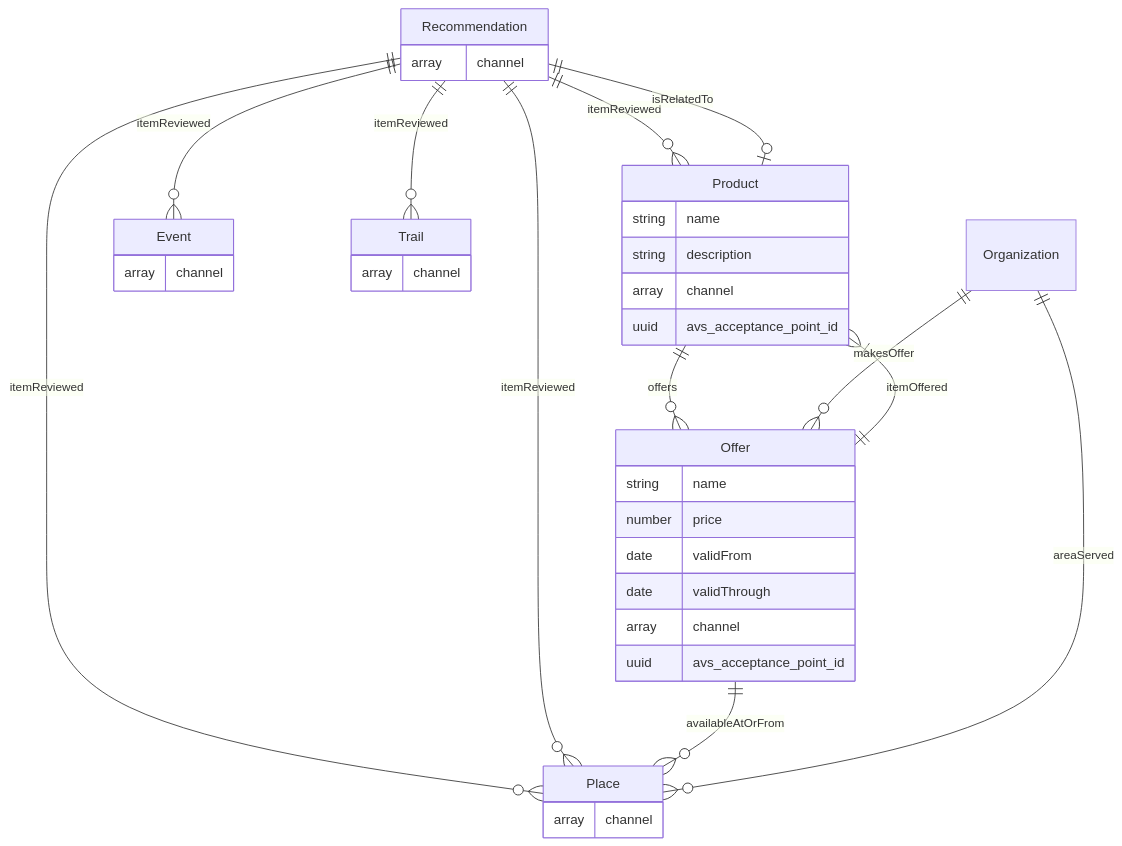
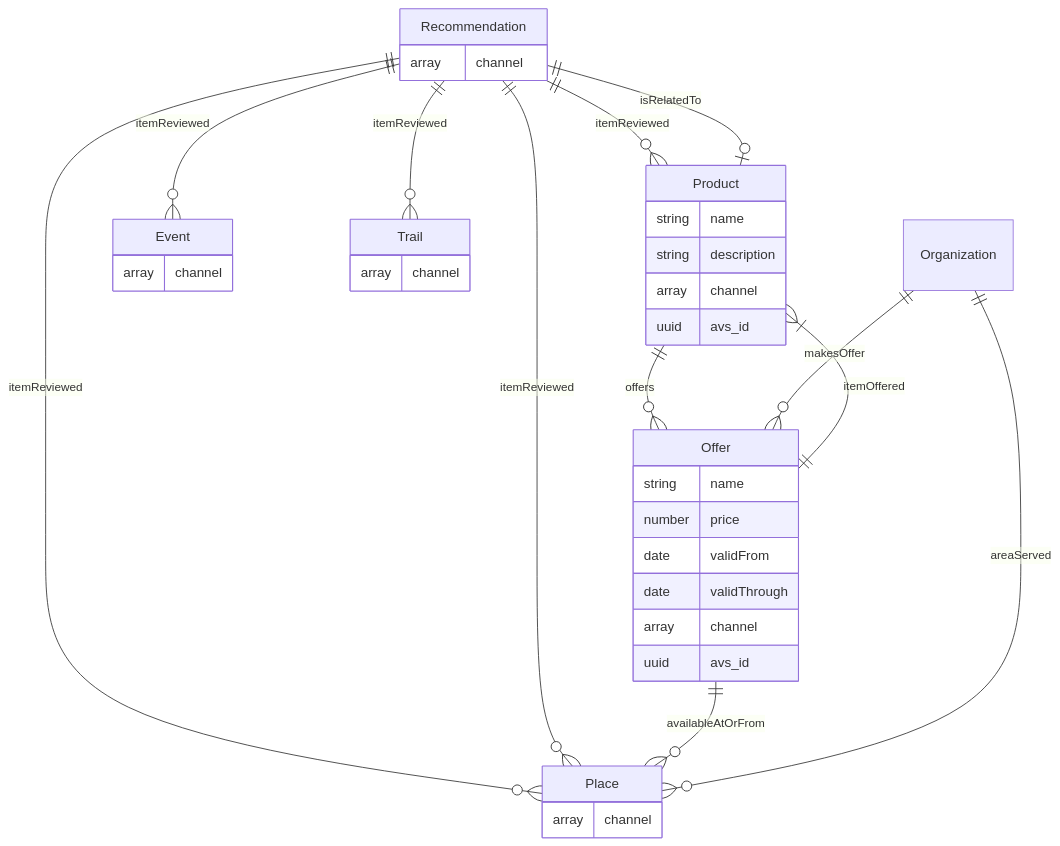
One commit to tsolenthaler/docs.contentdesk.io changed the fifth of 5 diagrams in docs/dev/projects/glarnerlandApp.md. Above: the diagram before and after it, drawn with Mermaid. The commit also changed other lines of this file and 2 other files, not shown here.

Commit message:
Refactor file paths for concepts and projects markdown files

````diff
--- a/docs/dev/projects/glarnerlandApp.md
+++ b/docs/dev/projects/glarnerlandApp.md
@@ -89,48 +89,48 @@
 ``` mermaid
 erDiagram
     Recommendation{
         array channel
     }
     Recommendation ||--o{ Place : itemReviewed
     Recommendation ||--o{ Product : itemReviewed
     Recommendation ||--o{ Event : itemReviewed
     Recommendation ||--o{ Place : itemReviewed
     Recommendation ||--o{ Trail : itemReviewed
     Recommendation ||--o| Product : isRelatedTo
 
     Product{
         string name
         string description
         array channel
-        uuid avs_acceptance_point_id
+        uuid avs_id
     }
 
     Product ||--o{ Offer : offers
 
     Offer{
         string name
         number price
         date validFrom
         date validThrough
         array channel
-        uuid avs_acceptance_point_id
+        uuid avs_id
     }
 
     Offer ||--|{ Product : itemOffered
     Offer ||--o{ Place : availableAtOrFrom
 
     Place{
         array channel
     }
 
     Event{
         array channel
     }
 
     Trail{
         array channel
     }
 
     Organization||--o{ Offer : makesOffer
     Organization||--o{ Place : areaServed
 ```
````
